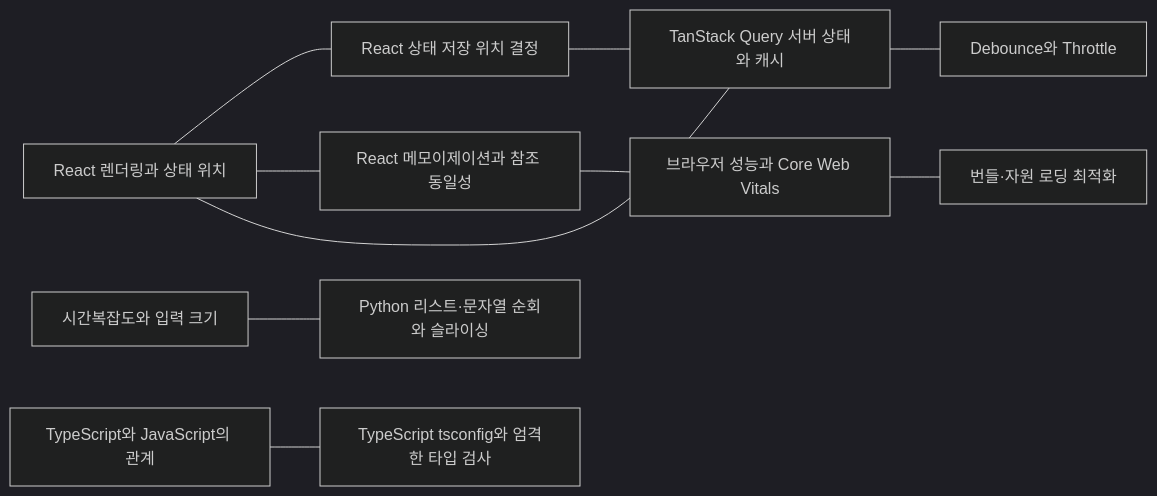
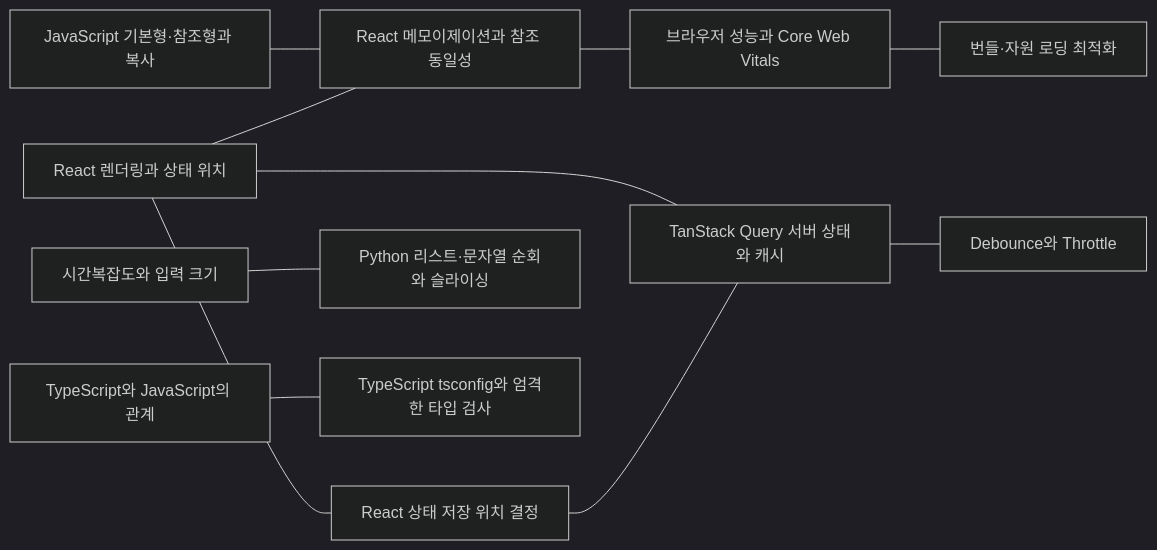
The diagram in README.md (Dev-SangWoo/my-dev-wiki), drawn with Mermaid (dark theme) before and after one commit.

Commit message:
JavaScript 데이터 타입 지식 그래프 연결

````diff
--- a/README.md
+++ b/README.md
@@ -15,24 +15,26 @@
 ```mermaid
 graph LR
+    jsdata["JavaScript 기본형·참조형과 복사"]
     rendering["React 렌더링과 상태 위치"]
     state["React 상태 저장 위치 결정"]
     memo["React 메모이제이션과 참조 동일성"]
     query["TanStack Query 서버 상태와 캐시"]
     debounce["Debounce와 Throttle"]
     browser["브라우저 성능과 Core Web Vitals"]
     loading["번들·자원 로딩 최적화"]
     complexity["시간복잡도와 입력 크기"]
     pylist["Python 리스트·문자열 순회와 슬라이싱"]
     tsjs["TypeScript와 JavaScript의 관계"]
     tsconfig["TypeScript tsconfig와 엄격한 타입 검사"]
 
+    jsdata --- memo
     rendering --- state
     rendering --- memo
     rendering --- query
     state --- query
     query --- debounce
     memo --- browser
     browser --- loading
     complexity --- pylist
     tsjs --- tsconfig
 ```
````
